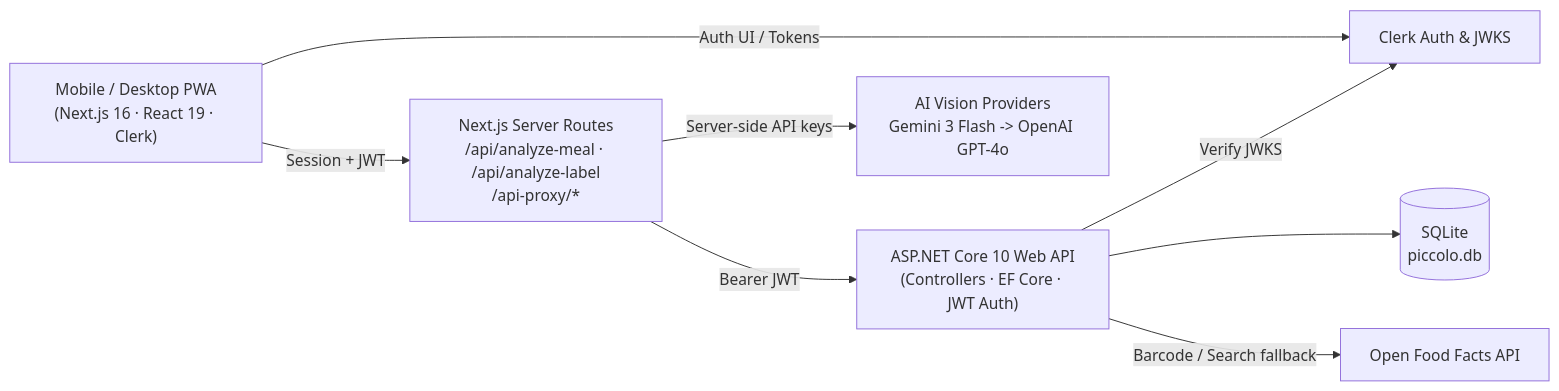
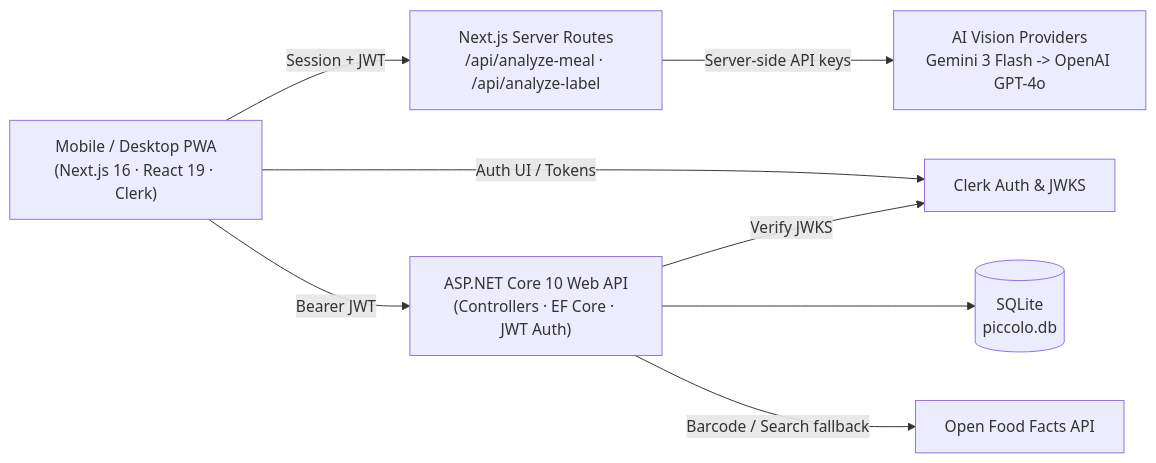
Before and after one commit to kwasniewskin/Piccolo: the diagram in README.md, drawn with Mermaid. The commit also changed other lines of this file and 8 other files, not shown here.

````diff
--- a/README.md
+++ b/README.md
@@ -43,18 +43,18 @@
 ```mermaid
 flowchart LR
     Client["Mobile / Desktop PWA\n(Next.js 16 · React 19 · Clerk)"]
-    Bff["Next.js Server Routes\n/api/analyze-meal · /api/analyze-label\n/api-proxy/*"]
+    Bff["Next.js Server Routes\n/api/analyze-meal · /api/analyze-label"]
     Api["ASP.NET Core 10 Web API\n(Controllers · EF Core · JWT Auth)"]
     Db[("SQLite\npiccolo.db")]
     Ai["AI Vision Providers\nGemini 3 Flash -> OpenAI GPT-4o"]
     Off["Open Food Facts API"]
     Clerk["Clerk Auth & JWKS"]
 
     Client -- "Session + JWT" --> Bff
+    Client -- "Bearer JWT" --> Api
     Client -- "Auth UI / Tokens" --> Clerk
     Bff -- "Server-side API keys" --> Ai
-    Bff -- "Bearer JWT" --> Api
     Api -- "Verify JWKS" --> Clerk
     Api --> Db
     Api -- "Barcode / Search fallback" --> Off
 ```
````
